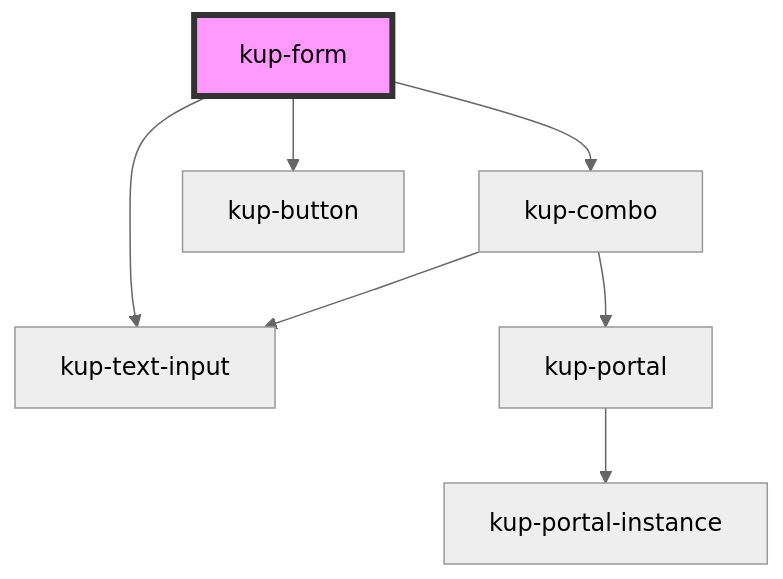
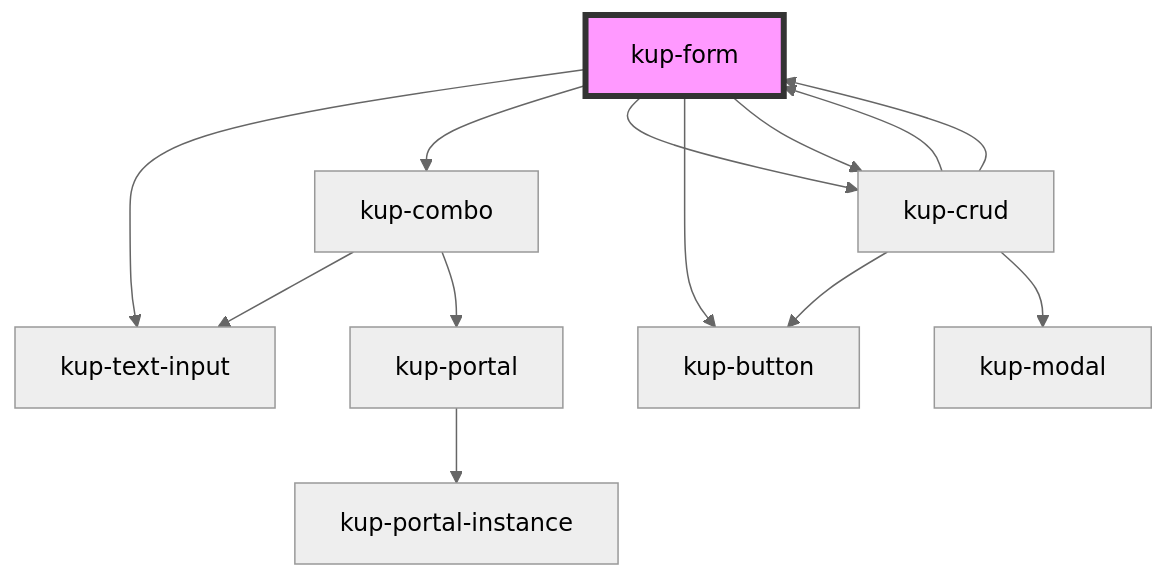
One commit to smeup/ketchup changed the diagram in packages/ketchup/src/components/kup-form/readme.md. Above: the diagram before and after it, drawn with Mermaid (neutral theme). The commit also changed other lines of this file and 26 other files, not shown here.

Commit message:
kup form: crud

````diff
--- a/packages/ketchup/src/components/kup-form/readme.md
+++ b/packages/ketchup/src/components/kup-form/readme.md
@@ -85,10 +93,16 @@
 ```mermaid
 graph TD;
   kup-form --> kup-text-input
   kup-form --> kup-combo
+  kup-form --> kup-crud
   kup-form --> kup-button
+  kup-form --> kup-crud
   kup-combo --> kup-text-input
   kup-combo --> kup-portal
   kup-portal --> kup-portal-instance
+  kup-crud --> kup-button
+  kup-crud --> kup-modal
+  kup-crud --> kup-form
+  kup-crud --> kup-form
   style kup-form fill:#f9f,stroke:#333,stroke-width:4px
 ```
````
